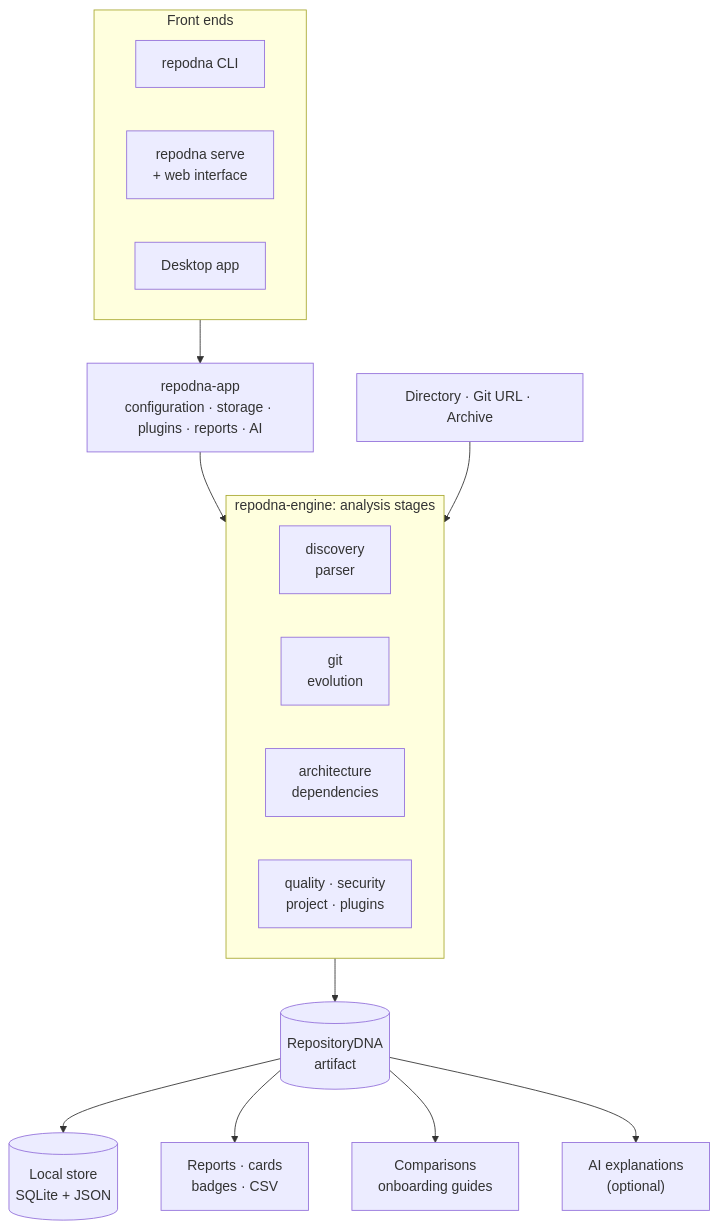
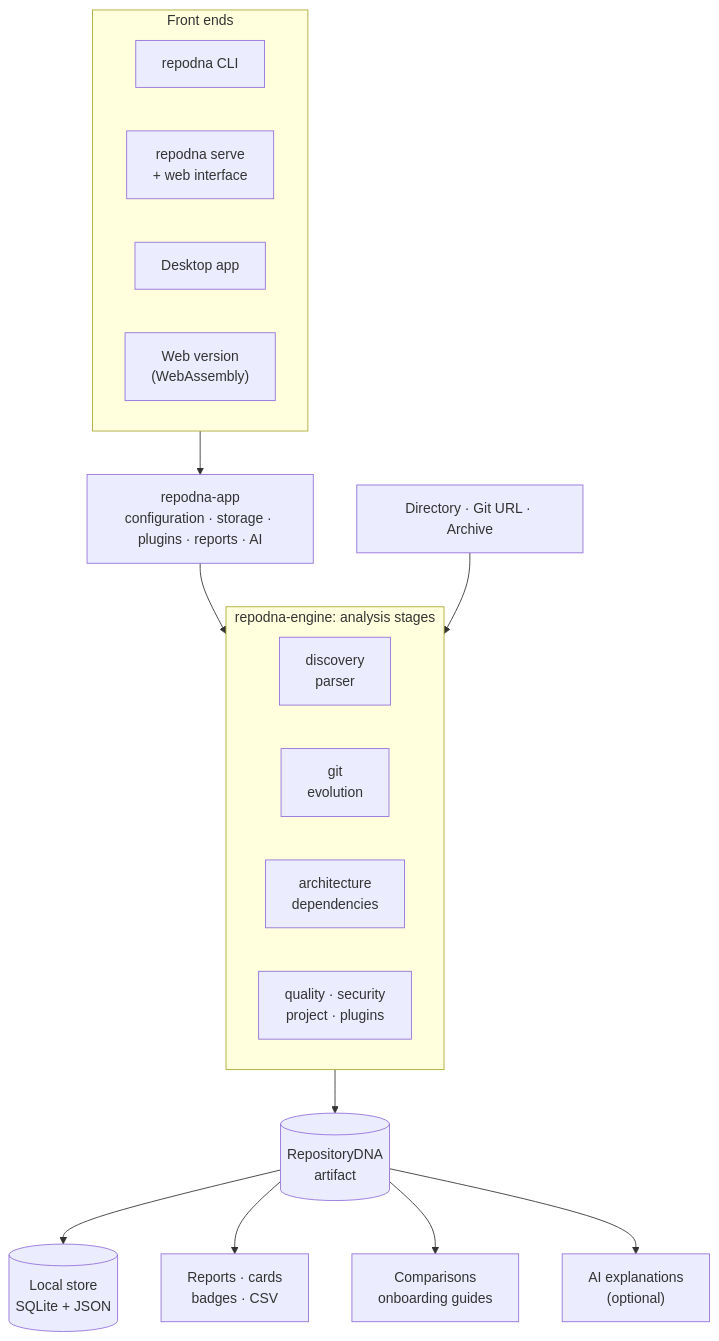
One commit to sanskarIN/RepoDNA changed the diagram in README.md. Above: the diagram before and after it, drawn with Mermaid. The commit also changed other lines of this file, not shown here.

First line of the commit message:
docs(readme): present the web version's analysis, the Action, and the new packages

````diff
--- a/README.md
+++ b/README.md
@@ -163,31 +165,32 @@
 ```mermaid
 flowchart TB
     subgraph Frontends["Front ends"]
         direction LR
         cli["repodna CLI"]
         server["repodna serve<br/>+ web interface"]
         desktop["Desktop app"]
+        web["Web version<br/>(WebAssembly)"]
     end
     app["repodna-app<br/>configuration · storage · plugins · reports · AI"]
     inputs["Directory · Git URL · Archive"]
     subgraph Engine["repodna-engine: analysis stages"]
         direction LR
         discovery["discovery<br/>parser"]
         history["git<br/>evolution"]
         structure["architecture<br/>dependencies"]
         signals["quality · security<br/>project · plugins"]
     end
     artifact[("RepositoryDNA<br/>artifact")]
     store[("Local store<br/>SQLite + JSON")]
     reports["Reports · cards<br/>badges · CSV"]
     compare["Comparisons<br/>onboarding guides"]
     ai["AI explanations<br/>(optional)"]
     Frontends --> app
     app --> Engine
     inputs --> Engine
     Engine --> artifact
     artifact --> store
     artifact --> reports
     artifact --> compare
     artifact --> ai
 ```
````
